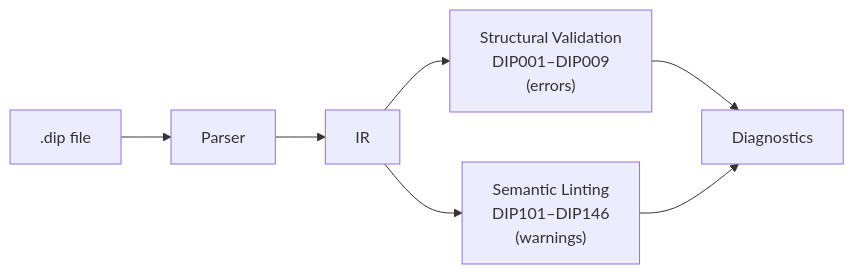
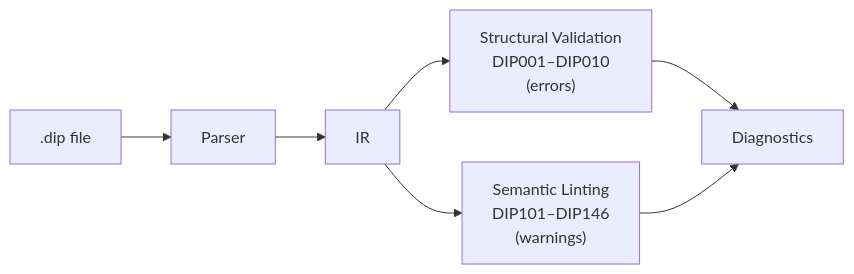
The diagram in docs/validation.md (2389-research/dippin-lang), drawn with Mermaid before and after one commit. The commit also changed other lines of this file and 31 other files, not shown here.

````diff
--- a/docs/validation.md
+++ b/docs/validation.md
@@ -10,9 +10,9 @@
 ```mermaid
 graph LR
     SRC[".dip file"] --> PARSE["Parser"]
     PARSE --> IR["IR"]
-    IR --> VAL["Structural Validation<br>DIP001–DIP009<br>(errors)"]
+    IR --> VAL["Structural Validation<br>DIP001–DIP010<br>(errors)"]
     IR --> LINT["Semantic Linting<br>DIP101–DIP146<br>(warnings)"]
     VAL --> DIAG["Diagnostics"]
     LINT --> DIAG
 ```
````
